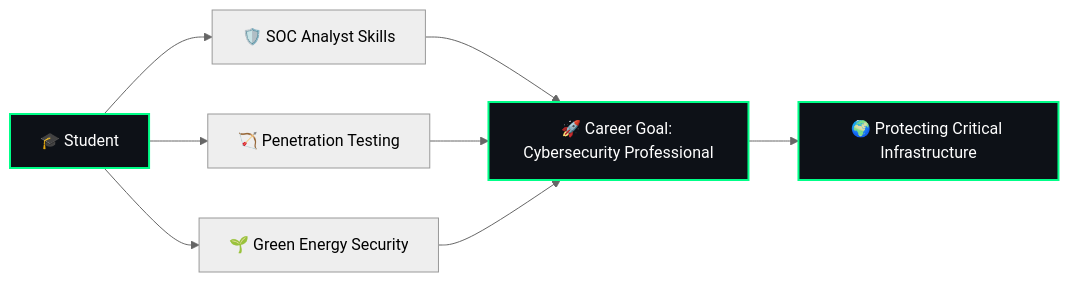
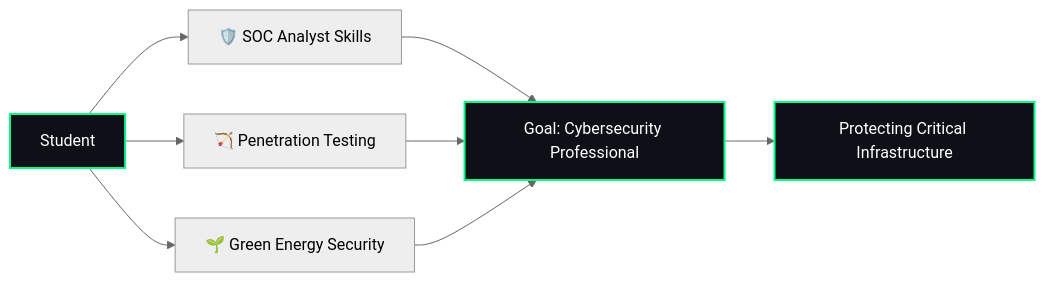
Before and after one commit to blu3OceanWaves/blu3OceanWaves: the diagram in README.md, drawn with Mermaid (neutral theme).

````diff
--- a/README.md
+++ b/README.md
@@ -64,14 +64,14 @@
 ```mermaid
 graph LR
-    A[🎓 Student] --> B[🛡️ SOC Analyst Skills]
+    A[Student] --> B[🛡️ SOC Analyst Skills]
     A --> C[🏹 Penetration Testing]
     A --> D[🌱 Green Energy Security]
-    B --> E[🚀 Career Goal: Cybersecurity Professional]
+    B --> E[Goal: Cybersecurity Professional]
     C --> E
     D --> E
-    E --> F[🌍 Protecting Critical Infrastructure]
+    E --> F[Protecting Critical Infrastructure]
     
     style A fill:#0d1117,stroke:#00ff88,stroke-width:2px,color:#ffffff
     style E fill:#0d1117,stroke:#00ff88,stroke-width:2px,color:#ffffff
     style F fill:#0d1117,stroke:#00ff88,stroke-width:2px,color:#ffffff
 ```
````
